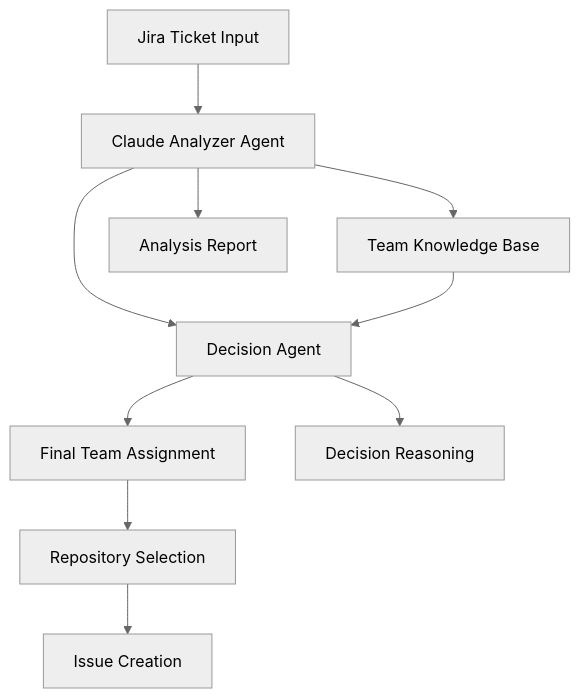
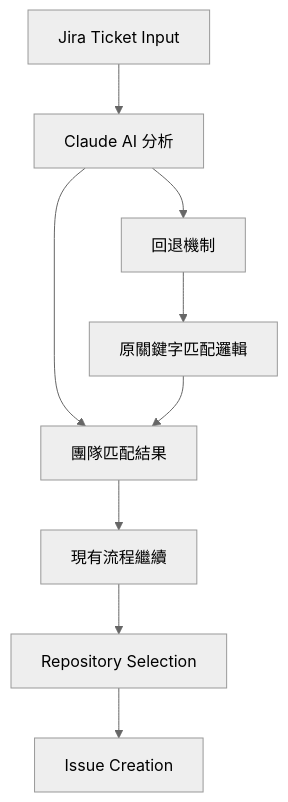
One commit to pa022069/ai-agent-api changed the diagram in MULTI_AGENT_PLANNING.md. Above: the diagram before and after it, drawn with Mermaid (neutral theme). The commit also changed other lines of this file and 10 other files, not shown here.

````diff
--- a/MULTI_AGENT_PLANNING.md
+++ b/MULTI_AGENT_PLANNING.md
@@ -19,13 +18,12 @@
 ```mermaid
 graph TD
-    A[Jira Ticket Input] --> B[Claude Analyzer Agent]
-    B --> C[Team Knowledge Base]
-    B --> D[Decision Agent]
-    C --> D
-    D --> E[Final Team Assignment]
-    E --> F[Repository Selection]
-    F --> G[Issue Creation]
+    A[Jira Ticket Input] --> B[Claude AI 分析]
+    B --> C[團隊匹配結果]
+    C --> D[現有流程繼續]
+    D --> E[Repository Selection]
+    E --> F[Issue Creation]
 
-    B --> H[Analysis Report]
-    D --> I[Decision Reasoning]
+    B --> G[回退機制]
+    G --> H[原關鍵字匹配邏輯]
+    H --> C
 ```
````
